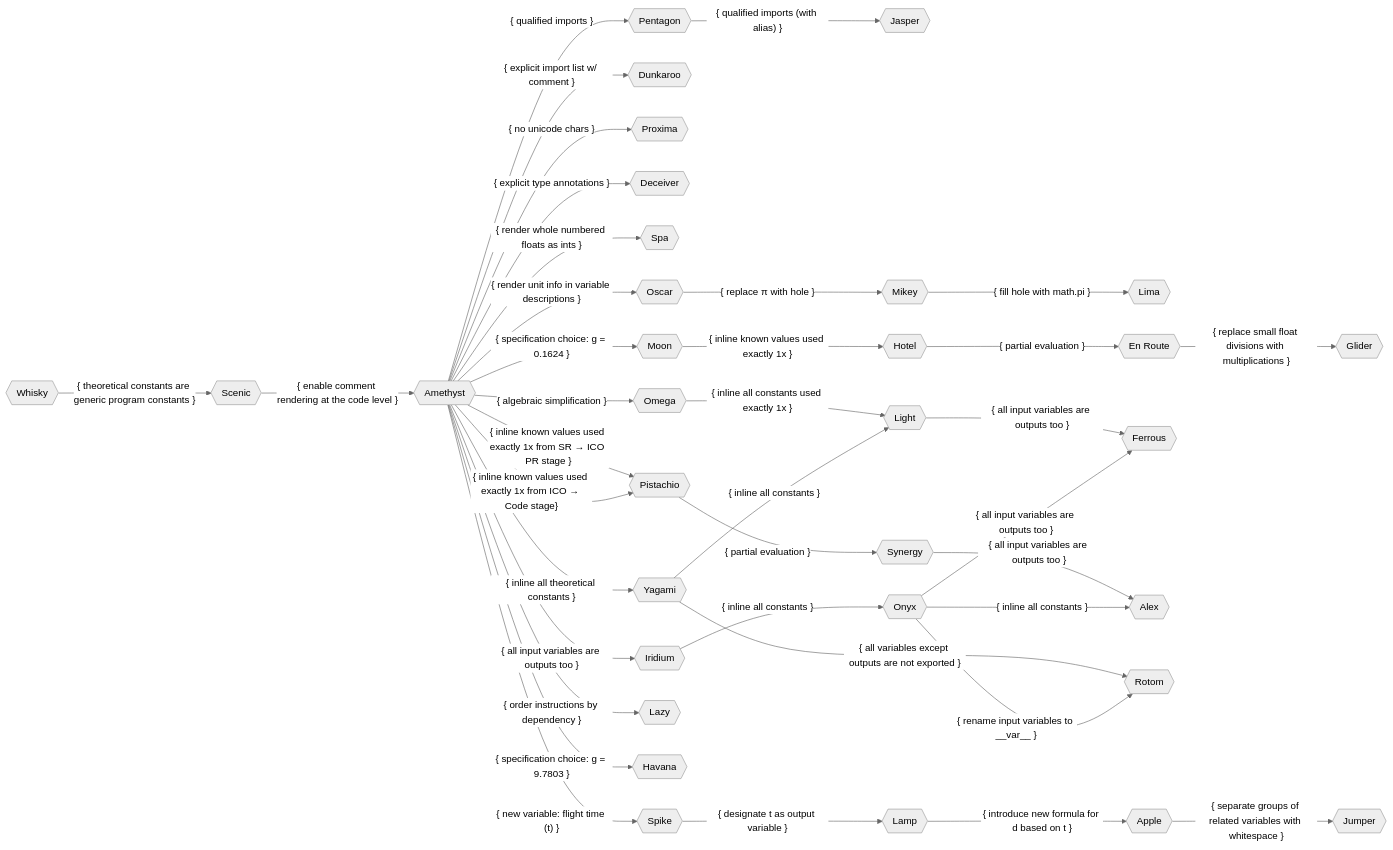
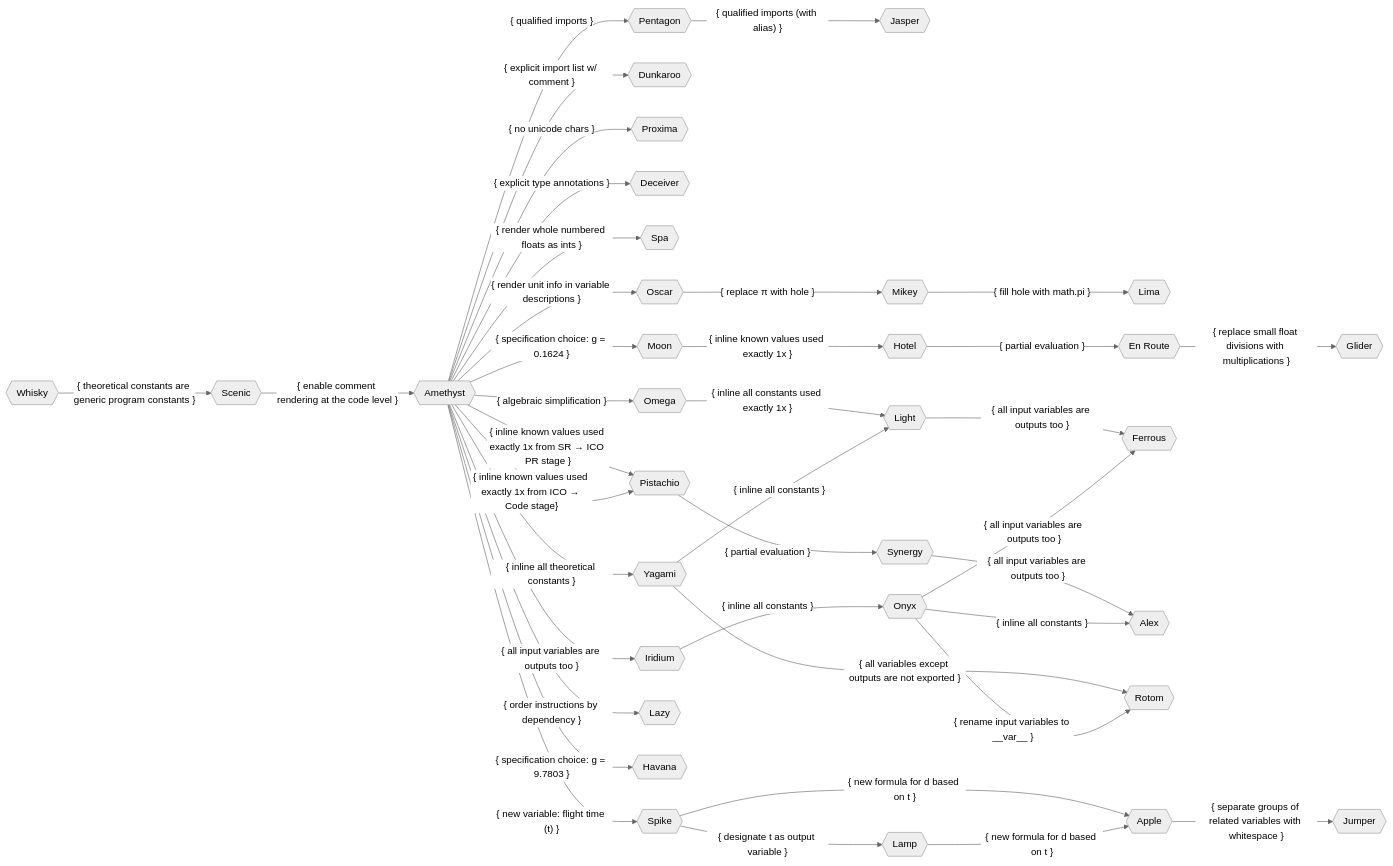
Before and after one commit to DrasilOrg/Notes: the diagram in human-readable code/New Variants.md, drawn with Mermaid (neutral theme). The commit also changed other lines of this file and 1 other file, not shown here.

Commit message:
Move old variants to new file, create new path to Apple.

````diff
--- a/human-readable code/New Variants.md
+++ b/human-readable code/New Variants.md
@@ -71,44 +45,45 @@
 ```mermaid
 flowchart LR
     whisky{{Whisky}}
 
     scenic -- { enable comment rendering at the code level } --> amethyst{{Amethyst}}
     amethyst -- { qualified imports } --> pentagon{{Pentagon}}
     pentagon -- { qualified imports (with alias) } --> jasper{{Jasper}}
     amethyst -- { explicit import list w/ comment } --> dunkaroo{{Dunkaroo}}
     amethyst -- { no unicode chars } --> proxima{{Proxima}}
     amethyst -- { explicit type annotations } --> deceiver{{Deceiver}}
     amethyst -- { render whole numbered floats as ints } --> spa{{Spa}}
     mikey -- { fill hole with math.pi } --> lima{{Lima}}
 
     amethyst -- { inline known values used exactly 1x from ICO → Code stage} --> pistachio{{Pistachio}}
     amethyst -- { inline known values used exactly 1x from SR → ICO PR stage } --> pistachio
     pistachio -- { partial evaluation } --> synergy{{Synergy}}
     moon -- { inline known values used exactly 1x } --> hotel{{Hotel}}
     hotel -- { partial evaluation } --> en_route{{En Route}}
     en_route -- { replace small float divisions with multiplications } --> glider{{Glider}}
     amethyst -- { inline all theoretical constants } --> yagami{{Yagami}}
     yagami -- { inline all constants } --> light{{Light}}
     amethyst -- { algebraic simplification } --> omega{{Omega}}
     omega -- { inline all constants used exactly 1x } --> light
     amethyst -- { all input variables are outputs too } --> iridium{{Iridium}}
     iridium -- { inline all constants } --> onyx{{Onyx}}
     onyx -- { all input variables are outputs too } --> ferrous{{Ferrous}}
     onyx -- { inline all constants } --> alex{{Alex}}
     synergy -- { all input variables are outputs too } --> alex
     light -- { all input variables are outputs too } --> ferrous
     onyx -- { rename input variables to __var__ } --> rotom{{Rotom}}
     yagami -- { all variables except outputs are not exported } --> rotom
     apple -- { separate groups of related variables with whitespace } --> jumper{{Jumper}}
 
     whisky -- { theoretical constants are generic program constants } --> scenic{{Scenic}}
     amethyst -- { render unit info in variable descriptions } --> oscar{{Oscar}}
     oscar -- { replace π with hole } --> mikey{{Mikey}}
     amethyst -- { order instructions by dependency } --> lazy{{Lazy}}
 
     amethyst -- { specification choice: g = 9.7803 } --> havana{{Havana}}
     amethyst -- { specification choice: g = 0.1624 } --> moon{{Moon}}
     amethyst -- { new variable: flight time (t) } --> spike{{Spike}}
     spike -- { designate t as output variable } --> lamp{{Lamp}}
-    lamp -- { introduce new formula for d based on t } --> apple{{Apple}}
+    lamp -- { new formula for d based on t } --> apple{{Apple}}
+    spike -- { new formula for d based on t } --> apple
 ```
````
